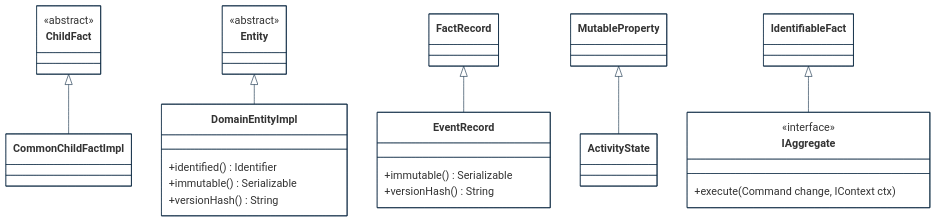
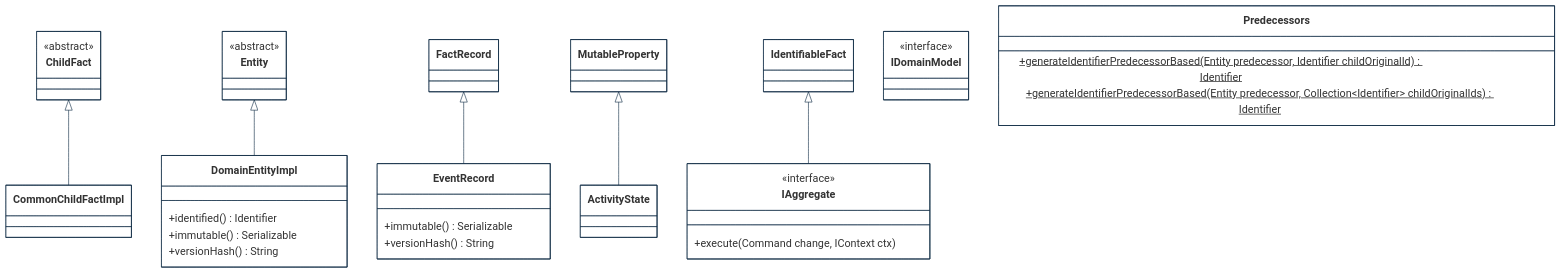
The second of 5 diagrams in implementations-line/framework/domain/designview-packages.md (cybnity/foundation), drawn with Mermaid before and after one commit.

````diff
--- a/implementations-line/framework/domain/designview-packages.md
+++ b/implementations-line/framework/domain/designview-packages.md
@@ -55,46 +55,53 @@
 ```mermaid
 %%{
   init: {
     'theme': 'base',
     'themeVariables': {
         'background': '#ffffff',
         'fontFamily': 'arial',
         'fontSize': '18px',
         'primaryColor': '#fff',
         'primaryBorderColor': '#0e2a43',
         'secondaryBorderColor': '#0e2a43',
         'tertiaryBorderColor': '#0e2a43',
         'edgeLabelBackground':'#0e2a43',
         'lineColor': '#0e2a43',
         'tertiaryColor': '#fff'
     }
   }
 }%%
 classDiagram
     ChildFact <|-- CommonChildFactImpl
     Entity <|-- DomainEntityImpl
     FactRecord <|-- EventRecord
     MutableProperty <|-- ActivityState
     IdentifiableFact <|-- IAggregate
 
     class IAggregate {
         <<interface>>
         +execute(Command change, IContext ctx)
     }
     class Entity {
         <<abstract>>
     }
     class DomainEntityImpl {
         +identified() Identifier
         +immutable() Serializable
         +versionHash() String
     }
     class ChildFact {
         <<abstract>>
     }
     class EventRecord {
         +immutable() Serializable
         +versionHash() String
     }
+    class IDomainModel {
+        <<interface>>
+    }
+    class Predecessors {
+        +generateIdentifierPredecessorBased(Entity predecessor, Identifier childOriginalId)$ Identifier
+        +generateIdentifierPredecessorBased(Entity predecessor, Collection~Identifier~ childOriginalIds)$ Identifier
+    }
 
 ```
````
